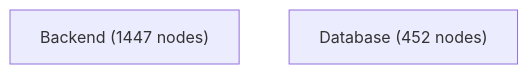
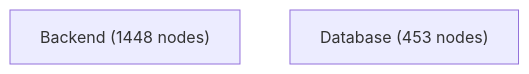
The diagram in docs/architecture-analysis/views/containers.mmd (jankneumann/agentic-coding-tools), drawn with Mermaid before and after one commit. The commit also changed 11 other files, not shown here.

Commit message:
docs(architecture): seal atomic issue close

```diff
--- a/docs/architecture-analysis/views/containers.mmd
+++ b/docs/architecture-analysis/views/containers.mmd
@@ -1,3 +1,3 @@
 flowchart TB
-    Backend["Backend (1447 nodes)"]
-    Database["Database (452 nodes)"]
+    Backend["Backend (1448 nodes)"]
+    Database["Database (453 nodes)"]
```
